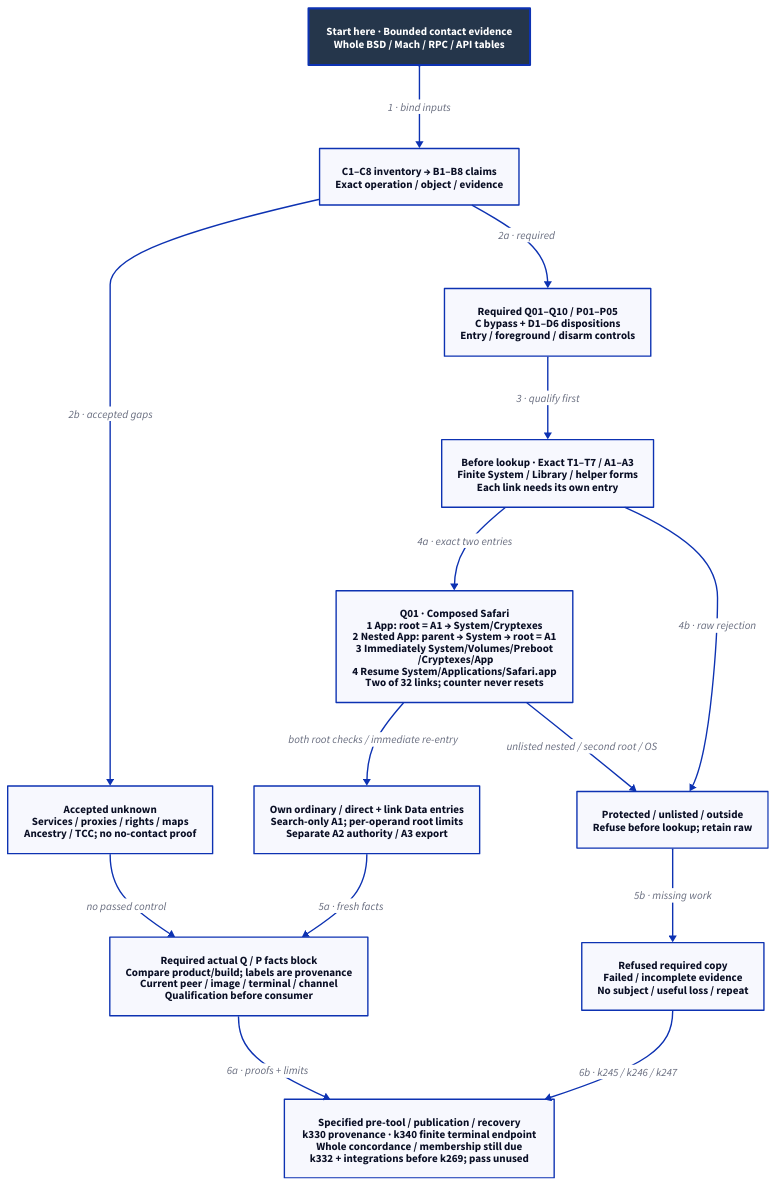
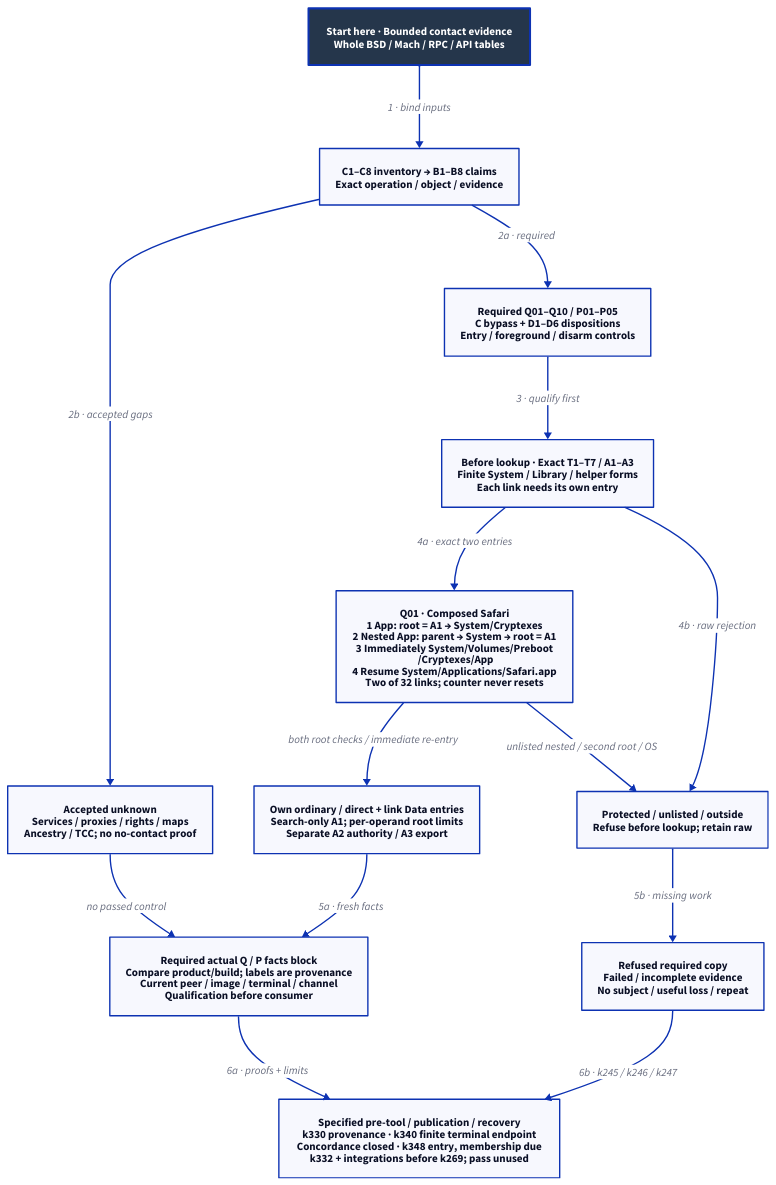
The diagram in docs/design/architecture/native-reference-contact.d2 (Linkuistics/Koine), drawn with D2 before and after one commit. The commit also changed 31 other files, not shown here.

Commit message:
Concord whole original obligations and externalize inter-checkpoint publication entry (reference-evidence-whole-obligation-concordance-k347; closes reference-evidence-whole-obligation-concordance-k343)

```diff
--- a/docs/design/architecture/native-reference-contact.d2
+++ b/docs/design/architecture/native-reference-contact.d2
@@ -1,29 +1,29 @@
-# Specified k331 mechanisms; whole concordance/membership and k332 review precede use.
+# Specified k331 mechanisms; k348 entry, k344 membership and k332 review precede use.
 direction: down
 classes: {
   start: {style: {fill: "#25364B"; font-color: "#FFFFFF"; bold: true; stroke-width: 3}}
 }
 Start: "Start here · Bounded contact evidence\nWhole BSD / Mach / RPC / API tables" {class: start}
 Claims: "C1–C8 inventory → B1–B8 claims\nExact operation / object / evidence"
 Controls: "Required Q01–Q10 / P01–P05\nC bypass + D1–D6 dispositions\nEntry / foreground / disarm controls"
 Unknown: "Accepted unknown\nServices / proxies / rights / maps\nAncestry / TCC; no no-contact proof"
 Policy: "Before lookup · Exact T1–T7 / A1–A3\nFinite System / Library / helper forms\nEach link needs its own entry"
 Safari: "Q01 · Composed Safari\n1 App: root = A1 → System/Cryptexes\n2 Nested App: parent → System → root = A1\n3 Immediately System/Volumes/Preboot\n  /Cryptexes/App\n4 Resume System/Applications/Safari.app\nTwo of 32 links; counter never resets"
 Allowed: "Own ordinary / direct + link Data entries\nSearch-only A1; per-operand root limits\nSeparate A2 authority / A3 export"
 Refuse: "Protected / unlisted / outside\nRefuse before lookup; retain raw"
 Gate: "Required actual Q / P facts block\nCompare product/build; labels are provenance\nCurrent peer / image / terminal / channel\nQualification before consumer"
 Failed: "Refused required copy\nFailed / incomplete evidence\nNo subject / useful loss / repeat"
-Whole: "Specified pre-tool / publication / recovery\nk330 provenance · k340 finite terminal endpoint\nWhole concordance / membership still due\nk332 + integrations before k269; pass unused"
+Whole: "Specified pre-tool / publication / recovery\nk330 provenance · k340 finite terminal endpoint\nConcordance closed · k348 entry, membership due\nk332 + integrations before k269; pass unused"
 Start -> Claims: "1 · bind inputs"
 Claims -> Controls: "2a · required"
 Claims -> Unknown: "2b · accepted gaps"
 Controls -> Policy: "3 · qualify first"
 Unknown -> Gate: "no passed control"
 Policy -> Safari: "4a · exact two entries"
 Safari -> Allowed: "both root checks / immediate re-entry"
 Safari -> Refuse: "unlisted nested / second root / OS"
 Policy -> Refuse: "4b · raw rejection"
 Allowed -> Gate: "5a · fresh facts"
 Refuse -> Failed: "5b · missing work"
 Gate -> Whole: "6a · proofs + limits"
 Failed -> Whole: "6b · k245 / k246 / k247"
```
